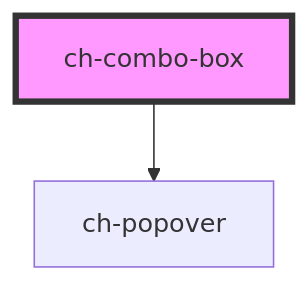
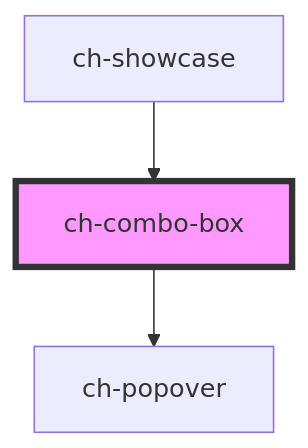
One commit to genexuslabs/chameleon-controls-library changed the diagram in src/components/combobox/readme.md. Above: the diagram before and after it, drawn with Mermaid. The commit also changed other lines of this file and 9 other files, not shown here.

````diff
--- a/src/components/combobox/readme.md
+++ b/src/components/combobox/readme.md
@@ -70,5 +74,6 @@
 ```mermaid
 graph TD;
   ch-combo-box --> ch-popover
+  ch-showcase --> ch-combo-box
   style ch-combo-box fill:#f9f,stroke:#333,stroke-width:4px
 ```
````
